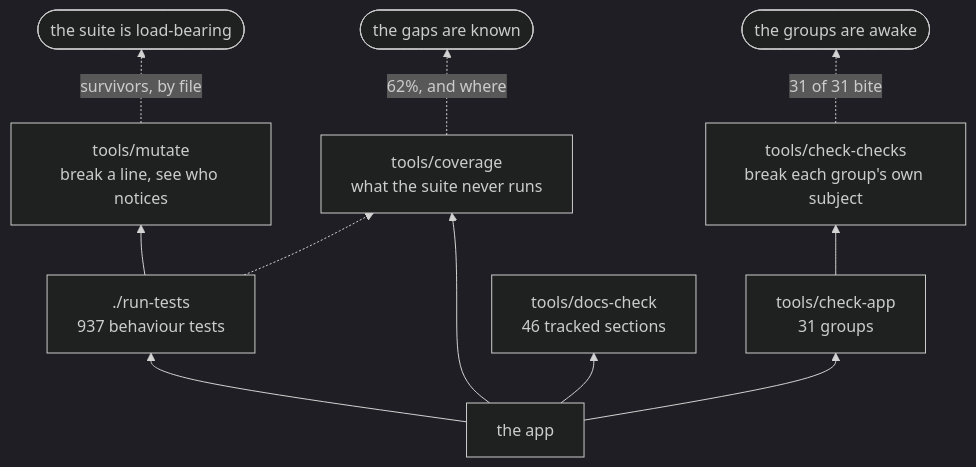
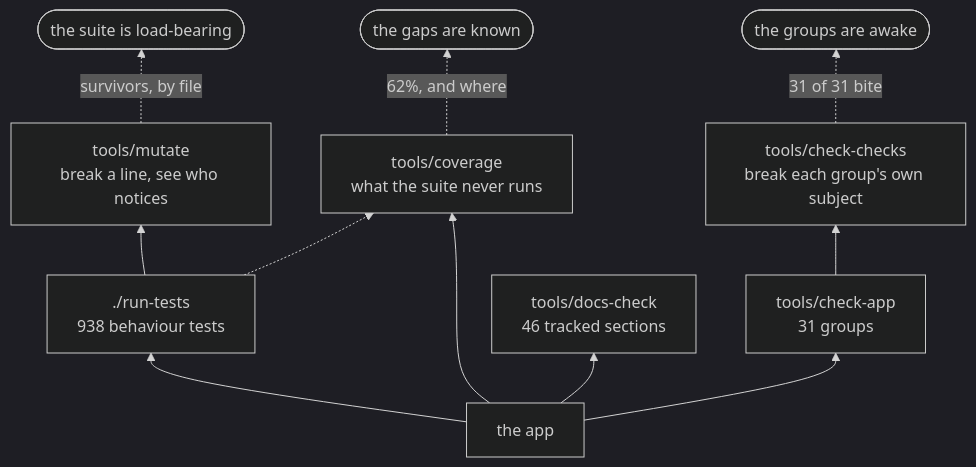
The second of 3 diagrams in docs/DEVELOPING.md (minormending/crystal-pilot-mobile), drawn with Mermaid (dark theme) before and after one commit. The commit also changed other lines of this file and 7 other files, not shown here.

````diff
--- a/docs/DEVELOPING.md
+++ b/docs/DEVELOPING.md
@@ -128,13 +128,13 @@
 ```mermaid
 flowchart BT
-    C["the app"] --> T["./run-tests<br/>937 behaviour tests"]
+    C["the app"] --> T["./run-tests<br/>938 behaviour tests"]
     C --> A["tools/check-app<br/>31 groups"]
     C --> D["tools/docs-check<br/>46 tracked sections"]
     C --> V["tools/coverage<br/>what the suite never runs"]
     T --> M["tools/mutate<br/>break a line, see who notices"]
     A --> K["tools/check-checks<br/>break each group's own subject"]
     T -.-> V
     M -.->|"survivors, by file"| R(["the suite is load-bearing"])
     K -.->|"31 of 31 bite"| R2(["the groups are awake"])
     V -.->|"62%, and where"| R3(["the gaps are known"])
 ```
````
